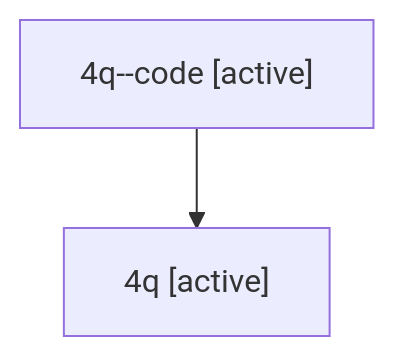
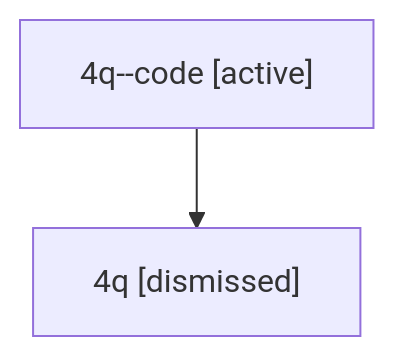
One commit to sase-org/sase--agents changed the diagram in sessions/bbugyi200.athena.4q.md. Above: the diagram before and after it, drawn with Mermaid. The commit also changed other lines of this file and 18 other files, not shown here.

````diff
--- a/sessions/bbugyi200.athena.4q.md
+++ b/sessions/bbugyi200.athena.4q.md
@@ -9,6 +9,6 @@
 ```mermaid
 flowchart TD
   n0["4q--code [active]"]
-  n1["4q [active]"]
+  n1["4q [dismissed]"]
   n0 --> n1
 ```
````
